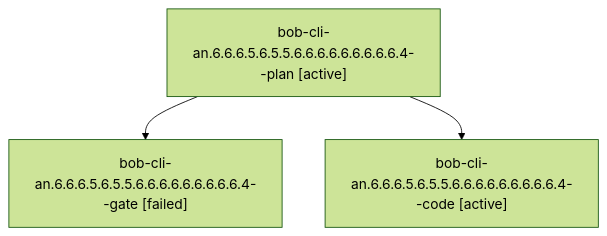
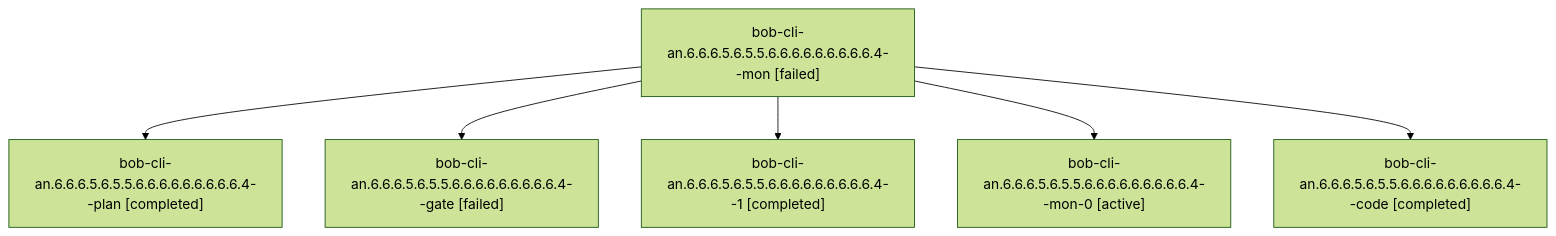
Before and after one commit to bobs-org/bob-cli--agents: the diagram in sessions/bbugyi200.athena.bob-cli-an.6.6.6.5.6.5.5.6.6.6.6.6.6.6.6.6.4.md, drawn with Mermaid (forest theme). The commit also changed other lines of this file and 235 other files, not shown here.

````diff
--- a/sessions/bbugyi200.athena.bob-cli-an.6.6.6.5.6.5.5.6.6.6.6.6.6.6.6.6.4.md
+++ b/sessions/bbugyi200.athena.bob-cli-an.6.6.6.5.6.5.5.6.6.6.6.6.6.6.6.6.4.md
@@ -9,8 +9,14 @@
 ```mermaid
 flowchart TD
-  n0["bob-cli-an.6.6.6.5.6.5.5.6.6.6.6.6.6.6.6.6.4--plan [active]"]
-  n1["bob-cli-an.6.6.6.5.6.5.5.6.6.6.6.6.6.6.6.6.4--gate [failed]"]
+  n0["bob-cli-an.6.6.6.5.6.5.5.6.6.6.6.6.6.6.6.6.4--mon [failed]"]
+  n1["bob-cli-an.6.6.6.5.6.5.5.6.6.6.6.6.6.6.6.6.4--plan [completed]"]
   n0 --> n1
-  n2["bob-cli-an.6.6.6.5.6.5.5.6.6.6.6.6.6.6.6.6.4--code [active]"]
+  n2["bob-cli-an.6.6.6.5.6.5.5.6.6.6.6.6.6.6.6.6.4--gate [failed]"]
   n0 --> n2
+  n3["bob-cli-an.6.6.6.5.6.5.5.6.6.6.6.6.6.6.6.6.4--1 [completed]"]
+  n0 --> n3
+  n4["bob-cli-an.6.6.6.5.6.5.5.6.6.6.6.6.6.6.6.6.4--mon-0 [active]"]
+  n0 --> n4
+  n5["bob-cli-an.6.6.6.5.6.5.5.6.6.6.6.6.6.6.6.6.4--code [completed]"]
+  n0 --> n5
 ```
````
